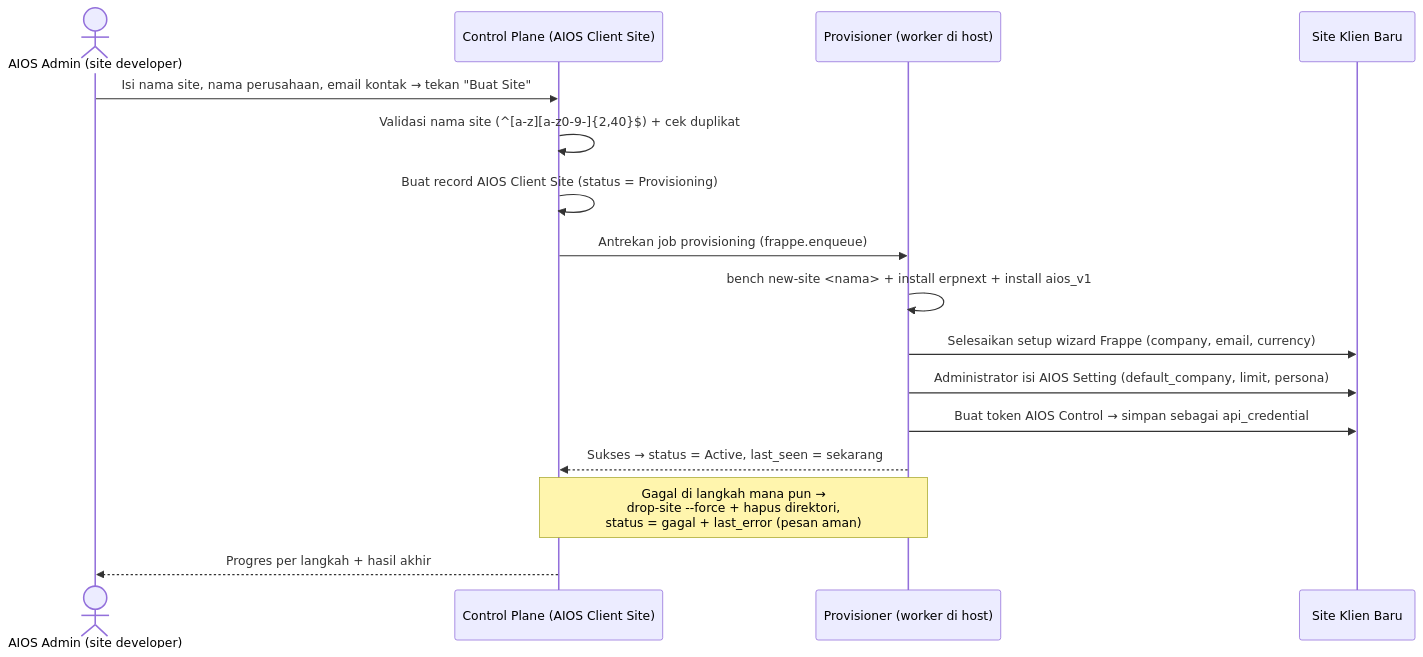
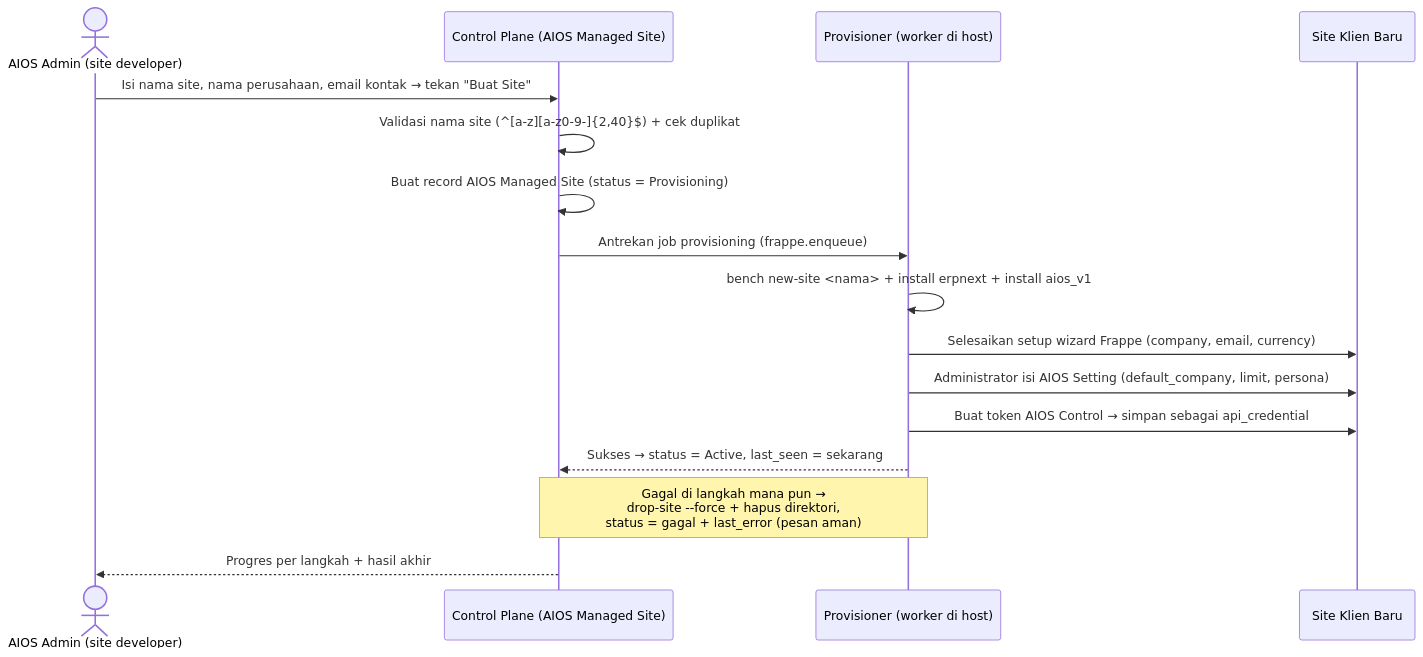
Before and after one commit to Tenshi1308/aios-frappe-16: the sixth of 8 diagrams in docs/04-alur-kerja-sistem.md, drawn with Mermaid. The commit also changed other lines of this file and 5 other files, not shown here.

Commit message:
docs(control): rename client site registry and record phase 1a

````diff
--- a/docs/04-alur-kerja-sistem.md
+++ b/docs/04-alur-kerja-sistem.md
@@ -279,19 +279,19 @@
 ```mermaid
 sequenceDiagram
     actor Admin as AIOS Admin (site developer)
-    participant CP as Control Plane (AIOS Client Site)
+    participant CP as Control Plane (AIOS Managed Site)
     participant Job as Provisioner (worker di host)
     participant Site as Site Klien Baru
 
     Admin->>CP: Isi nama site, nama perusahaan, email kontak → tekan "Buat Site"
     CP->>CP: Validasi nama site (^[a-z][a-z0-9-]{2,40}$) + cek duplikat
-    CP->>CP: Buat record AIOS Client Site (status = Provisioning)
+    CP->>CP: Buat record AIOS Managed Site (status = Provisioning)
     CP->>Job: Antrekan job provisioning (frappe.enqueue)
     Job->>Job: bench new-site <nama> + install erpnext + install aios_v1
     Job->>Site: Selesaikan setup wizard Frappe (company, email, currency)
     Job->>Site: Administrator isi AIOS Setting (default_company, limit, persona)
     Job->>Site: Buat token AIOS Control → simpan sebagai api_credential
     Job-->>CP: Sukses → status = Active, last_seen = sekarang
     Note over Job,CP: Gagal di langkah mana pun →<br/>drop-site --force + hapus direktori,<br/>status = gagal + last_error (pesan aman)
     CP-->>Admin: Progres per langkah + hasil akhir
 ```
````
